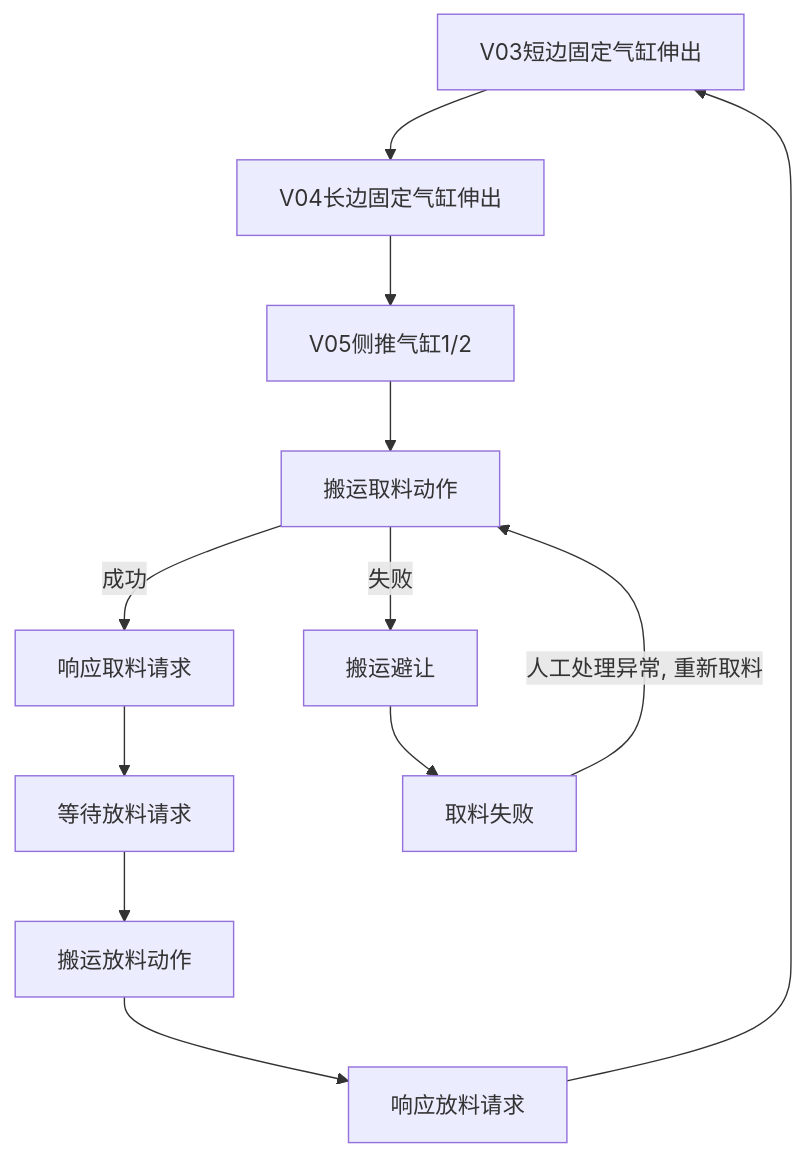
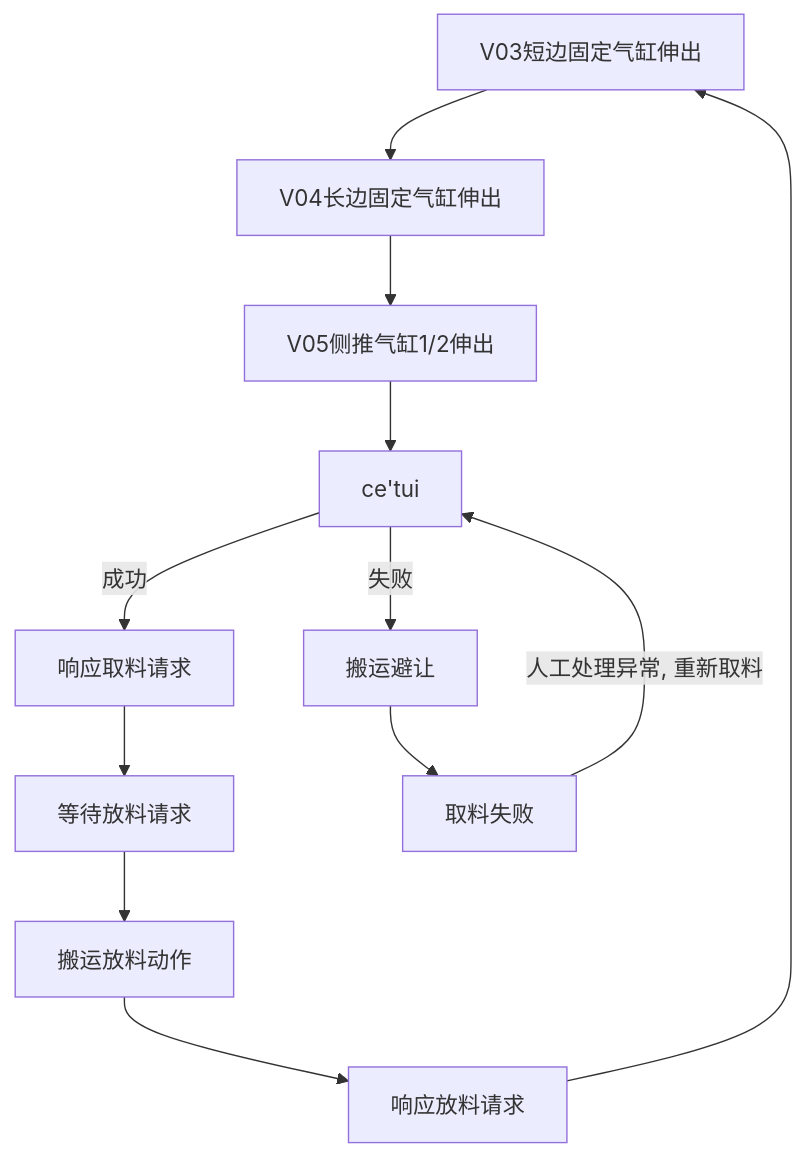
Before and after one commit to PengKun1/iodraw-files: the diagram in all/OP10气缸固定流程.md, drawn with Mermaid.

Commit message:
2024-08-05 13:50:20 update

````diff
--- a/all/OP10气缸固定流程.md
+++ b/all/OP10气缸固定流程.md
@@ -1,17 +1,17 @@
 ```mermaid
 graph TD
 10[V03短边固定气缸伸出]-->20
 20[V04长边固定气缸伸出]-->30
-30[V05侧推气缸1/2]-->40
-40[搬运取料动作]-->|成功|50
+30[V05侧推气缸1/2伸出]-->40
+40[ce'tui]-->|成功|50
 40-->|失败|90
 50[响应取料请求]-->60
 60[等待放料请求]-->70
 70[搬运放料动作]-->80
 80[响应放料请求]-->10
 
 90[搬运避让]-->900
 
 900[取料失败]-->|人工处理异常, 重新取料|40
   
 ```
````
